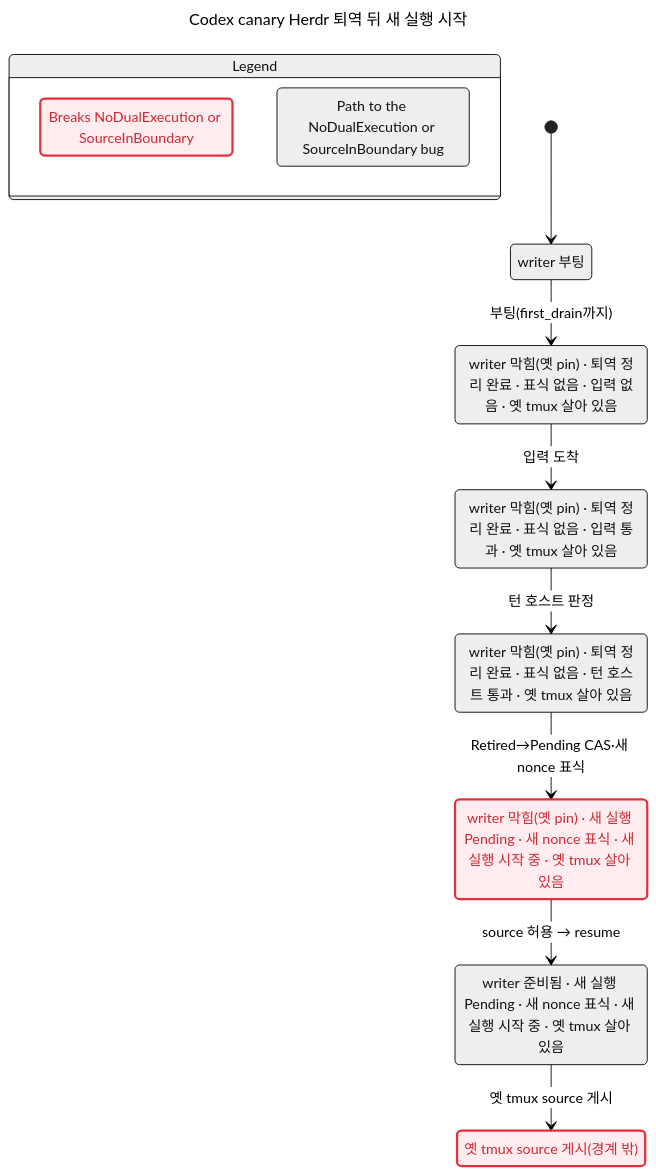
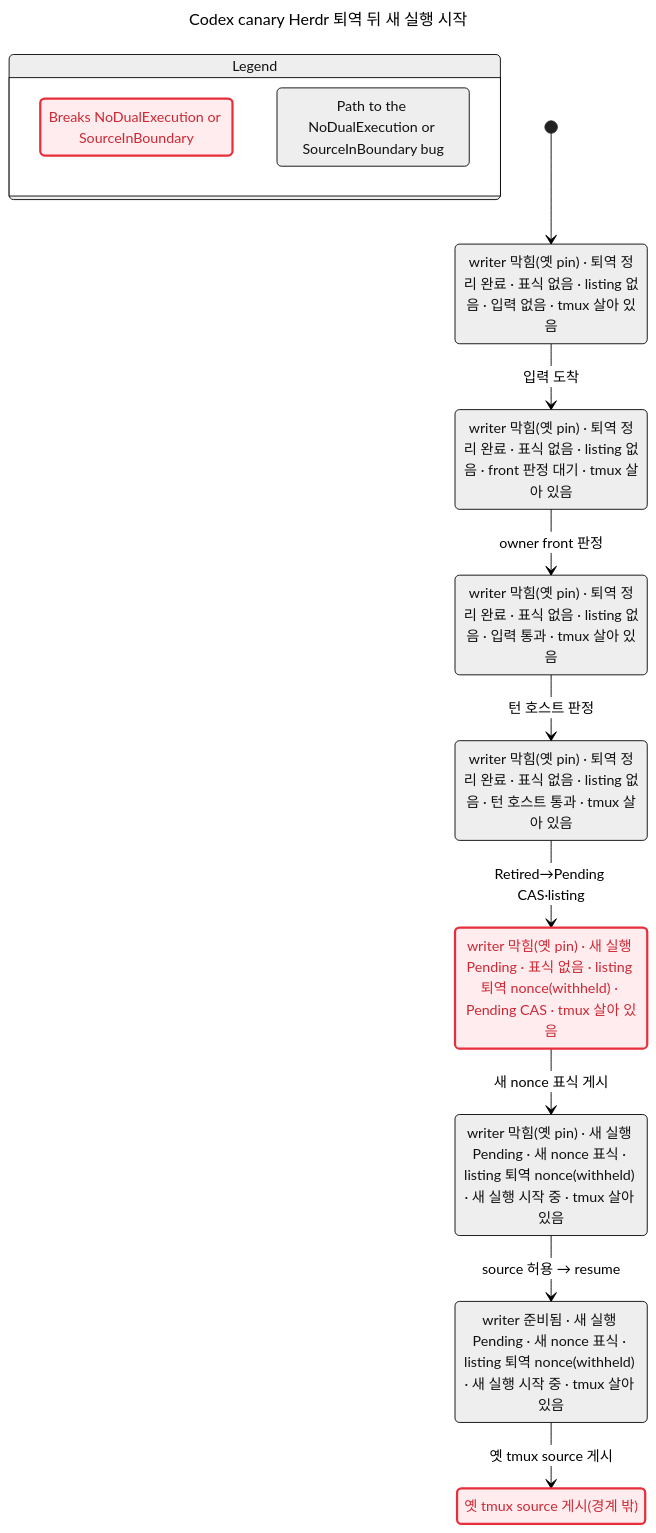
Before and after one commit to itismyfield/AgentDesk: the diagram in docs/statecharts/session-lifecycle/codex-herdr-bootstrap-mut-no-vacancy.chart.mmd, drawn with Mermaid (neutral theme). The commit also changed 27 other files, not shown here.

```diff
--- a/docs/statecharts/session-lifecycle/codex-herdr-bootstrap-mut-no-vacancy.chart.mmd
+++ b/docs/statecharts/session-lifecycle/codex-herdr-bootstrap-mut-no-vacancy.chart.mmd
@@ -1,34 +1,37 @@
 ---
 title: "Codex canary Herdr 퇴역 뒤 새 실행 시작"
 ---
 stateDiagram-v2
   state "Legend" as legend {
     lg0: Breaks NoDualExecution or SourceInBoundary
     lg1: Path to the NoDualExecution or SourceInBoundary bug
   }
   class lg0 breaks
   class lg1 bugPath
-  s0: writer 부팅
-  s1: writer 막힘(옛 pin) #183; 퇴역 정리 완료 #183; 표식 없음 #183; 입력 없음 #183; 옛 tmux 살아 있음
-  s2: writer 막힘(옛 pin) #183; 퇴역 정리 완료 #183; 표식 없음 #183; 입력 통과 #183; 옛 tmux 살아 있음
-  s3: writer 막힘(옛 pin) #183; 퇴역 정리 완료 #183; 표식 없음 #183; 턴 호스트 통과 #183; 옛 tmux 살아 있음
-  s4: writer 막힘(옛 pin) #183; 새 실행 Pending #183; 새 nonce 표식 #183; 새 실행 시작 중 #183; 옛 tmux 살아 있음
-  s5: writer 준비됨 #183; 새 실행 Pending #183; 새 nonce 표식 #183; 새 실행 시작 중 #183; 옛 tmux 살아 있음
-  s6: 옛 tmux source 게시(경계 밖)
+  s0: writer 막힘(옛 pin) #183; 퇴역 정리 완료 #183; 표식 없음 #183; listing 없음 #183; 입력 없음 #183; tmux 살아 있음
+  s1: writer 막힘(옛 pin) #183; 퇴역 정리 완료 #183; 표식 없음 #183; listing 없음 #183; front 판정 대기 #183; tmux 살아 있음
+  s2: writer 막힘(옛 pin) #183; 퇴역 정리 완료 #183; 표식 없음 #183; listing 없음 #183; 입력 통과 #183; tmux 살아 있음
+  s3: writer 막힘(옛 pin) #183; 퇴역 정리 완료 #183; 표식 없음 #183; listing 없음 #183; 턴 호스트 통과 #183; tmux 살아 있음
+  s4: writer 막힘(옛 pin) #183; 새 실행 Pending #183; 표식 없음 #183; listing 퇴역 nonce(withheld) #183; Pending CAS #183; tmux 살아 있음
+  s5: writer 막힘(옛 pin) #183; 새 실행 Pending #183; 새 nonce 표식 #183; listing 퇴역 nonce(withheld) #183; 새 실행 시작 중 #183; tmux 살아 있음
+  s6: writer 준비됨 #183; 새 실행 Pending #183; 새 nonce 표식 #183; listing 퇴역 nonce(withheld) #183; 새 실행 시작 중 #183; tmux 살아 있음
+  s7: 옛 tmux source 게시(경계 밖)
   [*] --> s0
-  s0 --> s1: 부팅(first_drain까지)
-  s1 --> s2: 입력 도착
+  s0 --> s1: 입력 도착
+  s1 --> s2: owner front 판정
   s2 --> s3: 턴 호스트 판정
-  s3 --> s4: Retired#8594;Pending CAS#183;새 nonce 표식
-  s4 --> s5: source 허용 #8594; resume
-  s5 --> s6: 옛 tmux source 게시
+  s3 --> s4: Retired#8594;Pending CAS#183;listing
+  s4 --> s5: 새 nonce 표식 게시
+  s5 --> s6: source 허용 #8594; resume
+  s6 --> s7: 옛 tmux source 게시
   classDef breaks fill:#ffecee,stroke:#e72e3b,stroke-width:2.5px,color:#cd2834
   class s0 bugPath
   class s1 bugPath
   class s2 bugPath
   class s3 bugPath
   class s4 breaks
   class s4 bugPath
   class s5 bugPath
-  class s6 breaks
   class s6 bugPath
+  class s7 breaks
+  class s7 bugPath
```
